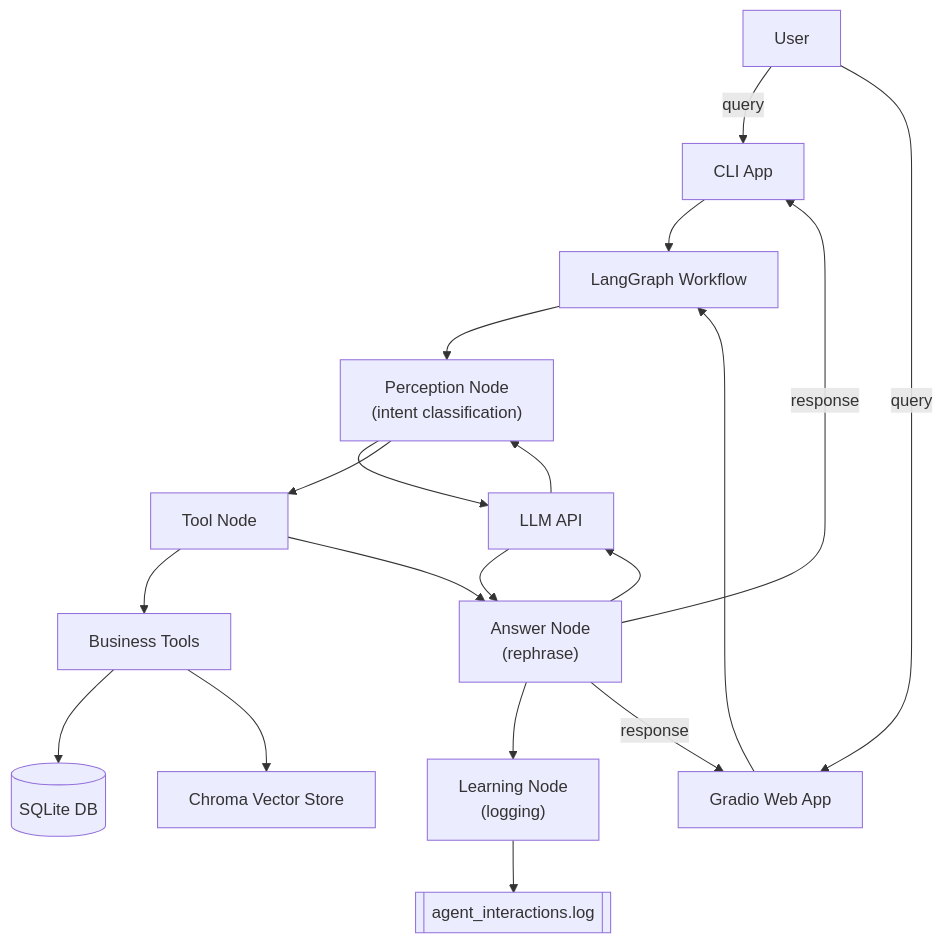
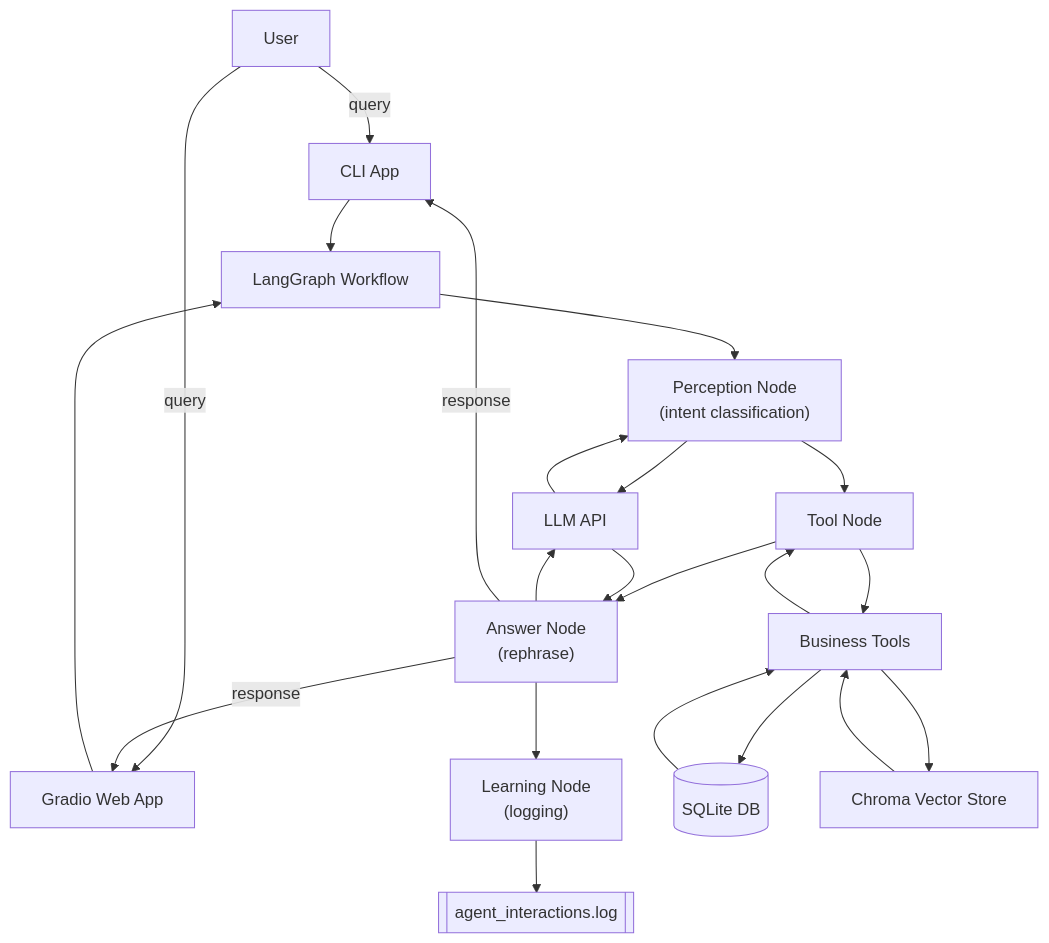
The second of 2 diagrams in README.md (satyampurwar/ecommerce-ai-agent), drawn with Mermaid before and after one commit.

Commit message:
Add missing arrows to low-level diagram

````diff
--- a/README.md
+++ b/README.md
@@ -191,35 +191,38 @@
 ```mermaid
 flowchart TD
     U[User]
     CLI[CLI App]
     Web[Gradio Web App]
     Workflow[LangGraph Workflow]
     Perception["Perception Node<br/>(intent classification)"]
     ToolNode[Tool Node]
     Answer["Answer Node<br/>(rephrase)"]
     Learning["Learning Node<br/>(logging)"]
     Tools[Business Tools]
     DB[(SQLite DB)]
     Vector[Chroma Vector Store]
     LLM[LLM API]
     Logs[[agent_interactions.log]]
 
     U -->|query| CLI
     U -->|query| Web
     CLI --> Workflow
     Web --> Workflow
     Workflow --> Perception
     Perception --> LLM
     LLM --> Perception
     Perception --> ToolNode
     ToolNode --> Tools
     Tools --> DB
+    DB --> Tools
     Tools --> Vector
+    Vector --> Tools
+    Tools --> ToolNode
     ToolNode --> Answer
     Answer --> LLM
     LLM --> Answer
     Answer --> Learning
     Learning --> Logs
     Answer -->|response| CLI
     Answer -->|response| Web
 ```
````
